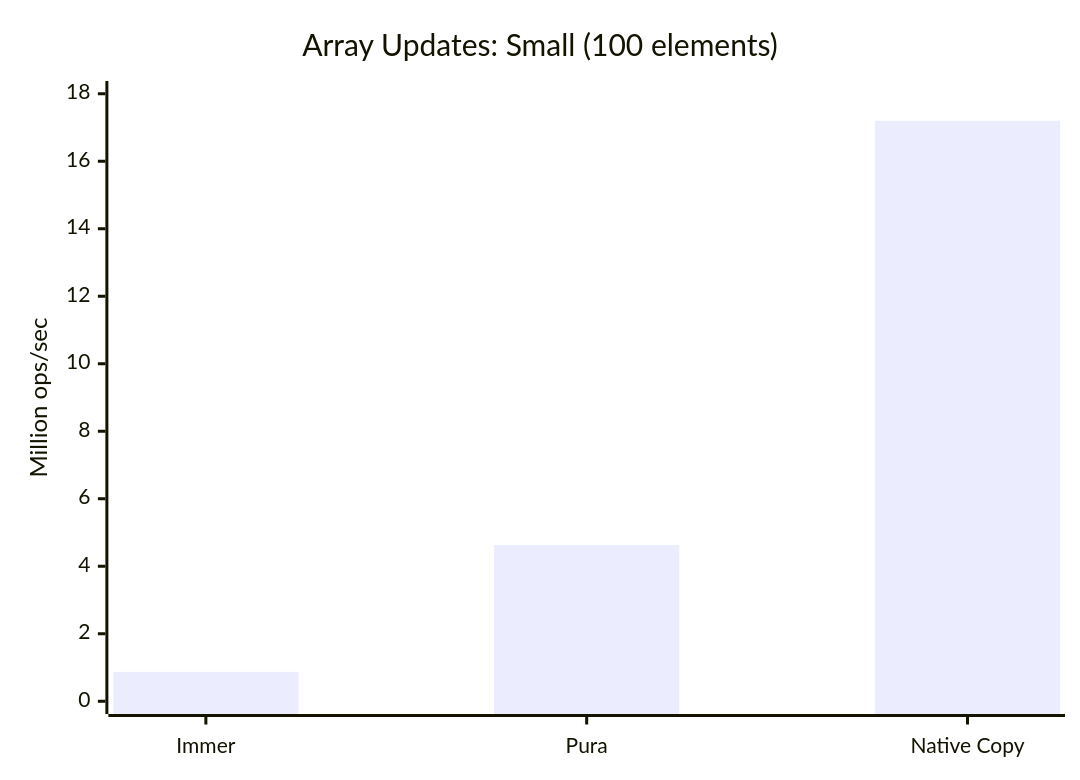
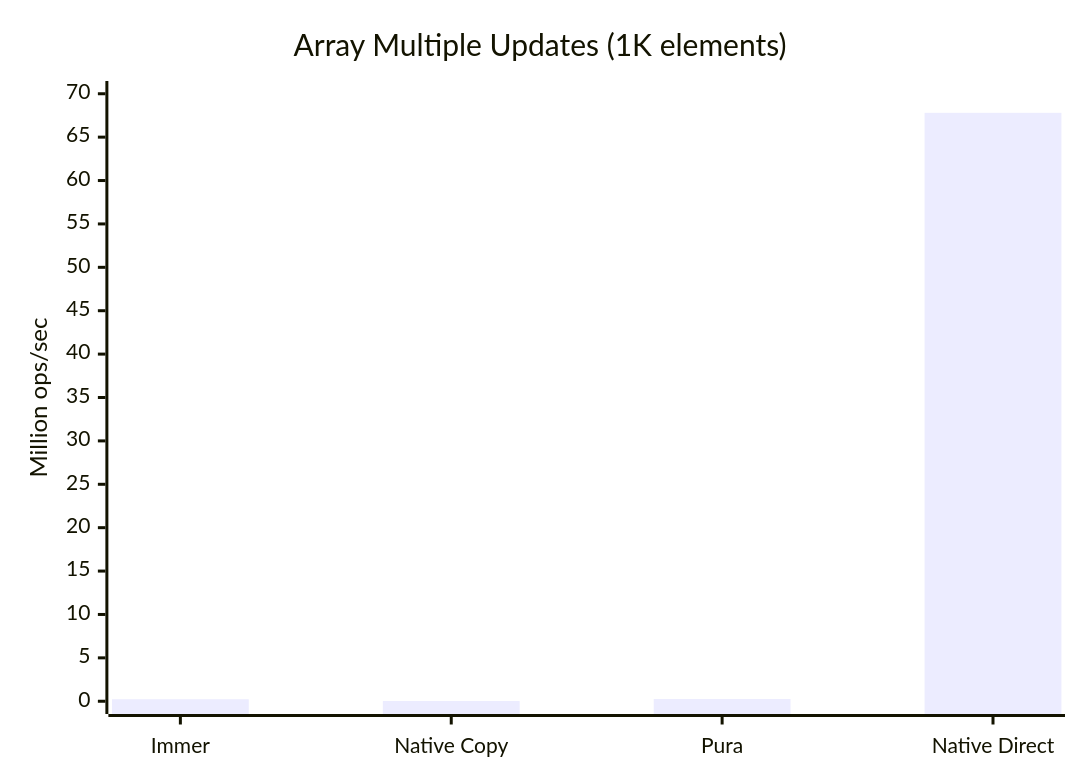
One commit to SylphxAI/pura changed the second of 5 diagrams in README.md. Above: the diagram before and after it, drawn with Mermaid. The commit also changed other lines of this file, not shown here.

First line of the commit message:
docs(readme): replace speedup charts with absolute performance values

````diff
--- a/README.md
+++ b/README.md
@@ -250,13 +251,13 @@
 ```mermaid
 ---
 config:
   themeVariables:
     xyChart:
       backgroundColor: "transparent"
 ---
 xychart-beta
-    title "Array Updates: Small (100 elements)"
-    x-axis ["Immer", "Pura", "Native Copy"]
-    y-axis "Million ops/sec" 0 --> 18
-    bar [0.87, 4.63, 17.2]
+    title "Array Multiple Updates (1K elements)"
+    x-axis ["Immer", "Native Copy", "Pura", "Native Direct"]
+    y-axis "Million ops/sec" 0 --> 70
+    bar [0.232, 0.025, 0.256, 67.8]
 ```
````
